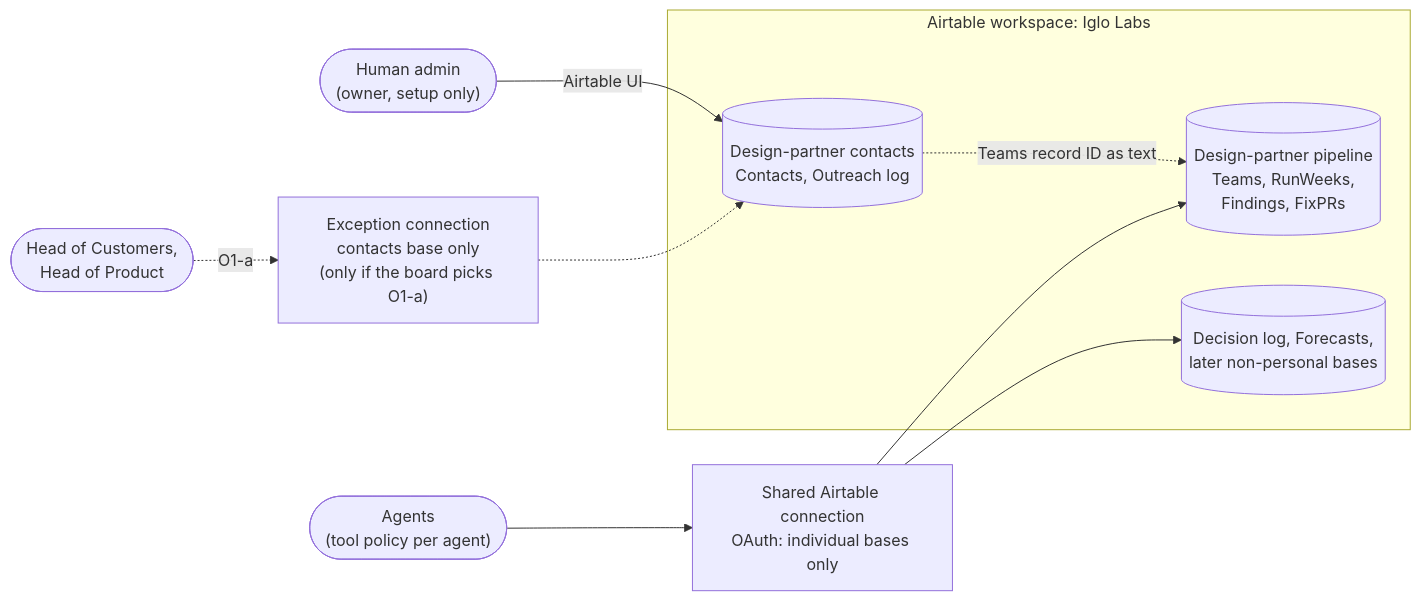
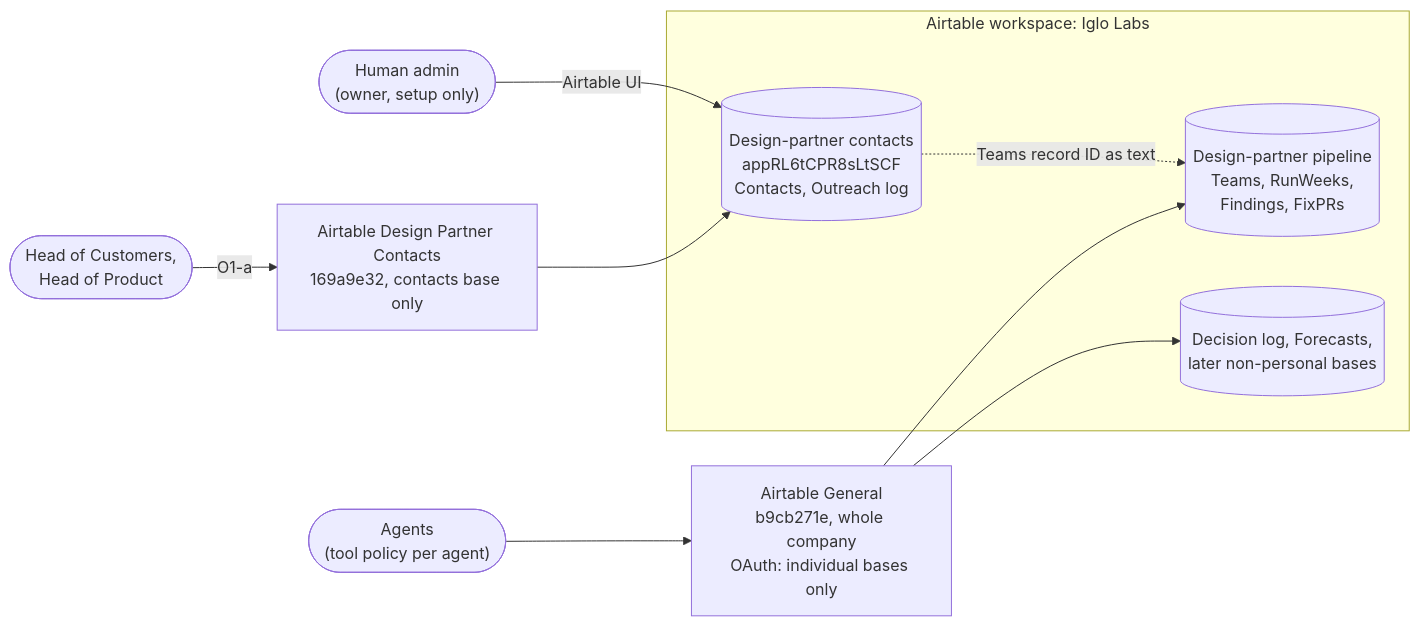
The diagram in docs/architecture/adr/008-airtable-access-boundary.md (valentinpalkovic/Igglo), drawn with Mermaid before and after one commit. The commit also changed other lines of this file, not shown here.

First line of the commit message:
docs(adr): ADR-008 accepted, O1-a decided, as-built connections, connection-ID risk

````diff
--- a/docs/architecture/adr/008-airtable-access-boundary.md
+++ b/docs/architecture/adr/008-airtable-access-boundary.md
@@ -89,23 +102,23 @@
 ```mermaid
 flowchart LR
   agents(["Agents<br/>(tool policy per agent)"])
   hoc(["Head of Customers,<br/>Head of Product"])
   human(["Human admin<br/>(owner, setup only)"])
 
-  shared["Shared Airtable connection<br/>OAuth: individual bases only"]
-  exc["Exception connection<br/>contacts base only<br/>(only if the board picks O1-a)"]
+  shared["Airtable General<br/>b9cb271e, whole company<br/>OAuth: individual bases only"]
+  exc["Airtable Design Partner Contacts<br/>169a9e32, contacts base only"]
 
   subgraph ws["Airtable workspace: Iglo Labs"]
     pipe[("Design-partner pipeline<br/>Teams, RunWeeks,<br/>Findings, FixPRs")]
-    contacts[("Design-partner contacts<br/>Contacts, Outreach log")]
+    contacts[("Design-partner contacts<br/>appRL6tCPR8sLtSCF<br/>Contacts, Outreach log")]
     other[("Decision log, Forecasts,<br/>later non-personal bases")]
   end
 
   agents --> shared
   shared --> pipe
   shared --> other
-  hoc -. "O1-a" .-> exc
-  exc -.-> contacts
+  hoc -- "O1-a" --> exc
+  exc --> contacts
   human -- "Airtable UI" --> contacts
   contacts -. "Teams record ID as text" .-> pipe
 ```
````
